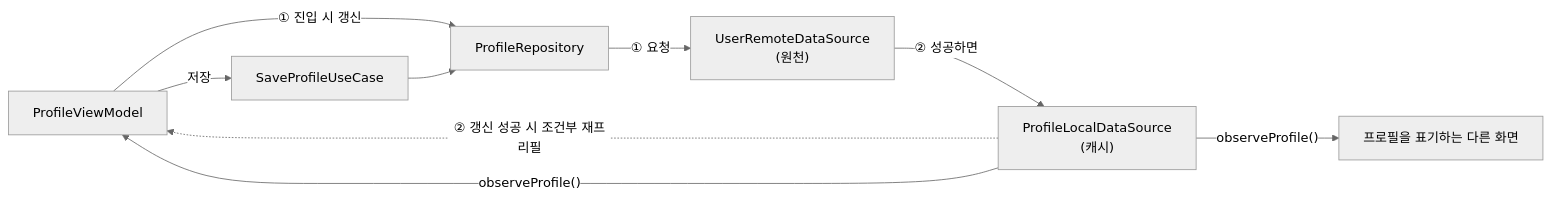
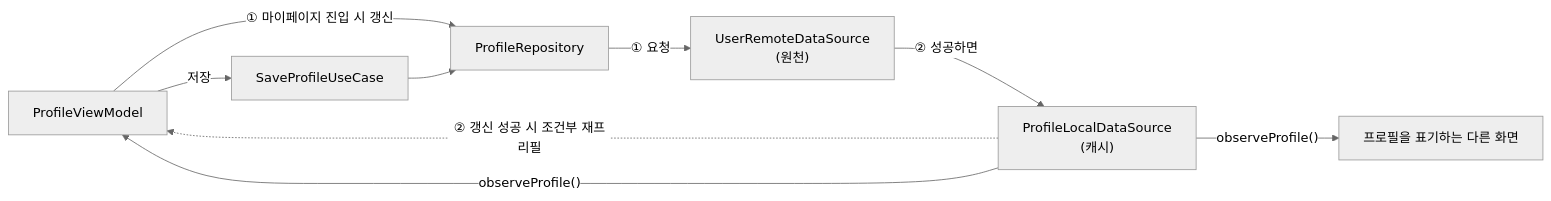
The diagram in docs/specs/profile/data-model.md (mash-up-kr/Team-MINO-Android), drawn with Mermaid (neutral theme) before and after one commit. The commit also changed other lines of this file and 7 other files, not shown here.

````diff
--- a/docs/specs/profile/data-model.md
+++ b/docs/specs/profile/data-model.md
@@ -40,11 +40,11 @@
 ```mermaid
 flowchart LR
     UI["ProfileViewModel"] -->|"저장"| UC["SaveProfileUseCase"]
-    UI -->|"① 진입 시 갱신"| Repo
+    UI -->|"① 마이페이지 진입 시 갱신"| Repo
     Local -.->|"② 갱신 성공 시 조건부 재프리필"| UI
     UC --> Repo["ProfileRepository"]
     Repo -->|"① 요청"| Remote["UserRemoteDataSource<br/>(원천)"]
     Remote -->|"② 성공하면"| Local["ProfileLocalDataSource<br/>(캐시)"]
     Local -->|"observeProfile()"| UI
     Local -->|"observeProfile()"| Others["프로필을 표기하는 다른 화면"]
 ```
````
